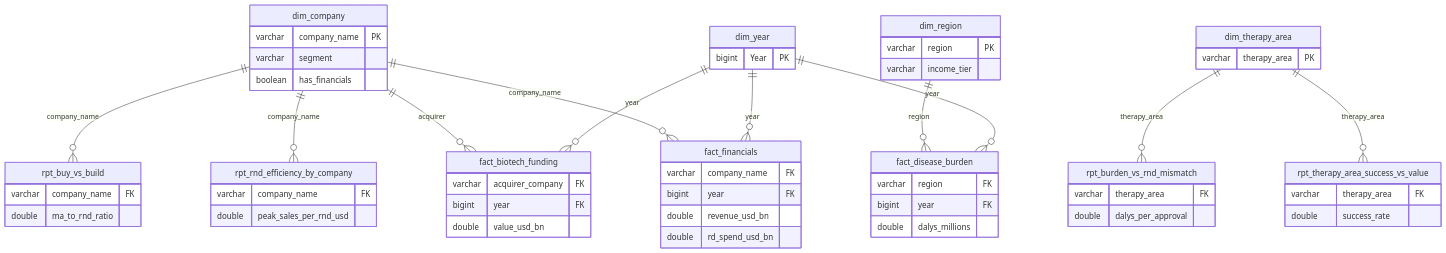
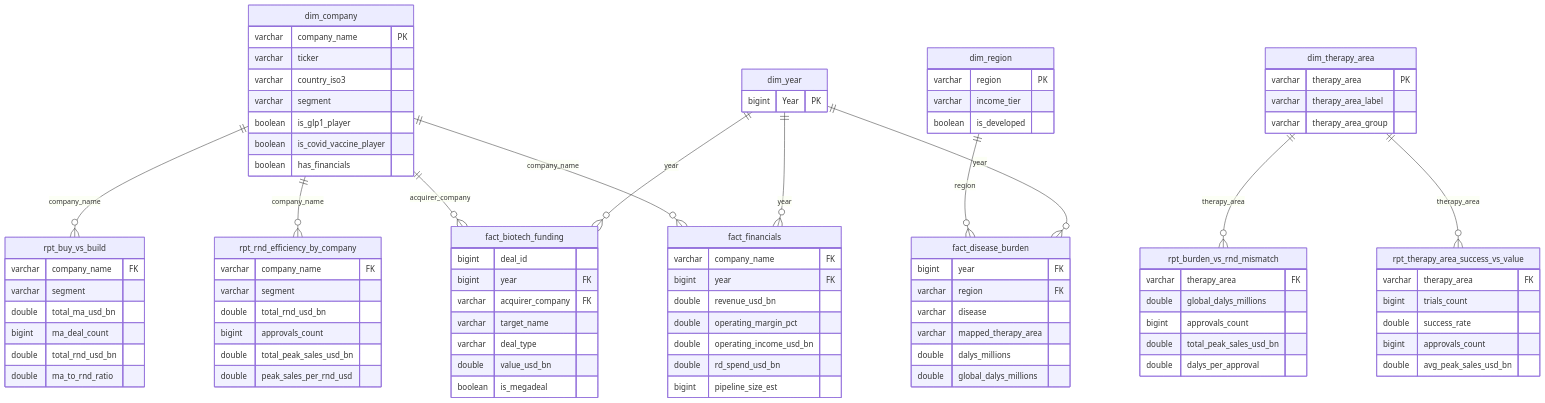
Before and after one commit to keithfernandes12/pharma-data-engineering-aws: the diagram in README.md, drawn with Mermaid. The commit also changed other lines of this file and 2 other files, not shown here.

First line of the commit message:
@ docs: replace em/en dashes with ASCII punctuation; show all ERD columns

```diff
--- a/README.md
+++ b/README.md
@@ -136,15 +136,22 @@
 erDiagram
     dim_company {
         varchar company_name PK
+        varchar ticker
+        varchar country_iso3
         varchar segment
+        boolean is_glp1_player
+        boolean is_covid_vaccine_player
         boolean has_financials
     }
     dim_therapy_area {
         varchar therapy_area PK
+        varchar therapy_area_label
+        varchar therapy_area_group
     }
     dim_region {
         varchar region PK
         varchar income_tier
+        boolean is_developed
     }
     dim_year {
         bigint Year PK
@@ -154,37 +161,62 @@
         varchar company_name FK
         bigint year FK
         double revenue_usd_bn
+        double operating_margin_pct
+        double operating_income_usd_bn
         double rd_spend_usd_bn
+        bigint pipeline_size_est
     }
     fact_biotech_funding {
+        bigint deal_id
+        bigint year FK
         varchar acquirer_company FK
-        bigint year FK
+        varchar target_name
+        varchar deal_type
         double value_usd_bn
+        boolean is_megadeal
     }
     fact_disease_burden {
+        bigint year FK
         varchar region FK
-        bigint year FK
+        varchar disease
+        varchar mapped_therapy_area
         double dalys_millions
+        double global_dalys_millions
     }
+
     rpt_rnd_efficiency_by_company {
         varchar company_name FK
+        varchar segment
+        double total_rnd_usd_bn
+        bigint approvals_count
+        double total_peak_sales_usd_bn
         double peak_sales_per_rnd_usd
     }
     rpt_buy_vs_build {
         varchar company_name FK
+        varchar segment
+        double total_ma_usd_bn
+        bigint ma_deal_count
+        double total_rnd_usd_bn
         double ma_to_rnd_ratio
     }
     rpt_therapy_area_success_vs_value {
         varchar therapy_area FK
+        bigint trials_count
         double success_rate
+        bigint approvals_count
+        double avg_peak_sales_usd_bn
     }
     rpt_burden_vs_rnd_mismatch {
         varchar therapy_area FK
+        double global_dalys_millions
+        bigint approvals_count
+        double total_peak_sales_usd_bn
         double dalys_per_approval
     }
 
     dim_company      ||--o{ fact_financials                   : "company_name"
-    dim_company      ||--o{ fact_biotech_funding              : "acquirer"
+    dim_company      ||--o{ fact_biotech_funding              : "acquirer_company"
     dim_company      ||--o{ rpt_rnd_efficiency_by_company     : "company_name"
     dim_company      ||--o{ rpt_buy_vs_build                  : "company_name"
     dim_therapy_area ||--o{ rpt_therapy_area_success_vs_value : "therapy_area"
```
